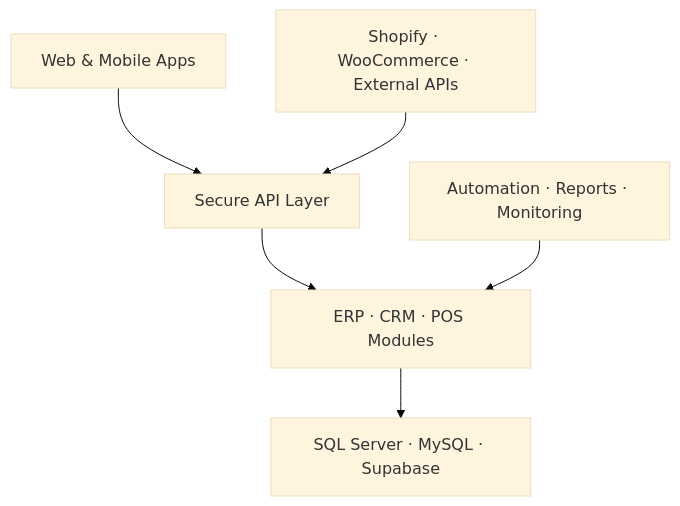
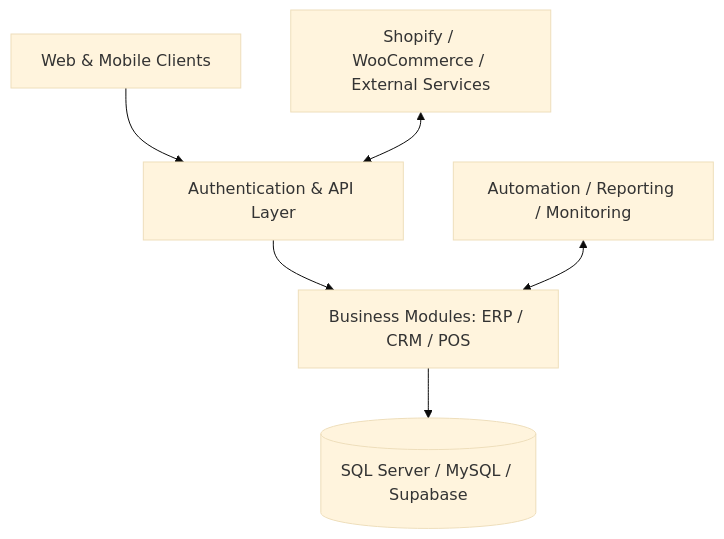
One commit to sarfaraz-ahmad-sa/sarfaraz-ahmad-sa changed the diagram in README.md. Above: the diagram before and after it, drawn with Mermaid (base theme). The commit also changed other lines of this file, not shown here.

````diff
--- a/README.md
+++ b/README.md
@@ -120,8 +78,8 @@
 ```mermaid
 flowchart TD
-    A["Web & Mobile Apps"] --> B["Secure API Layer"]
-    B --> C["ERP · CRM · POS Modules"]
-    C --> D["SQL Server · MySQL · Supabase"]
-    E["Shopify · WooCommerce · External APIs"] --> B
-    F["Automation · Reports · Monitoring"] --> C
+  A[Web & Mobile Clients] --> B[Authentication & API Layer]
+  B --> C[Business Modules: ERP / CRM / POS]
+  C --> D[(SQL Server / MySQL / Supabase)]
+  E[Shopify / WooCommerce / External Services] <--> B
+  F[Automation / Reporting / Monitoring] <--> C
 ```
````
